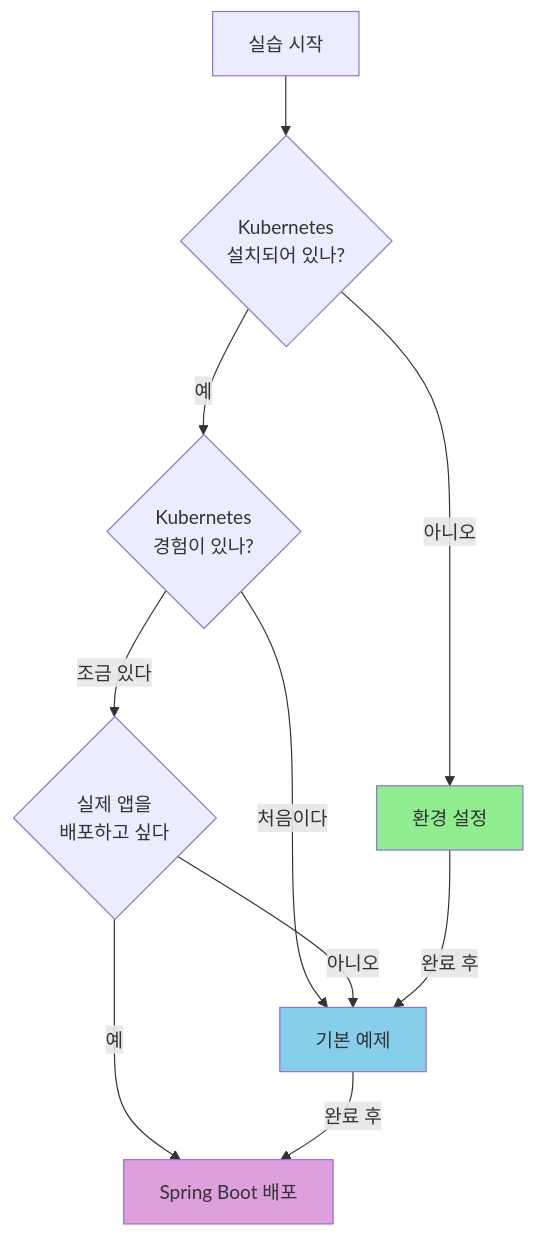
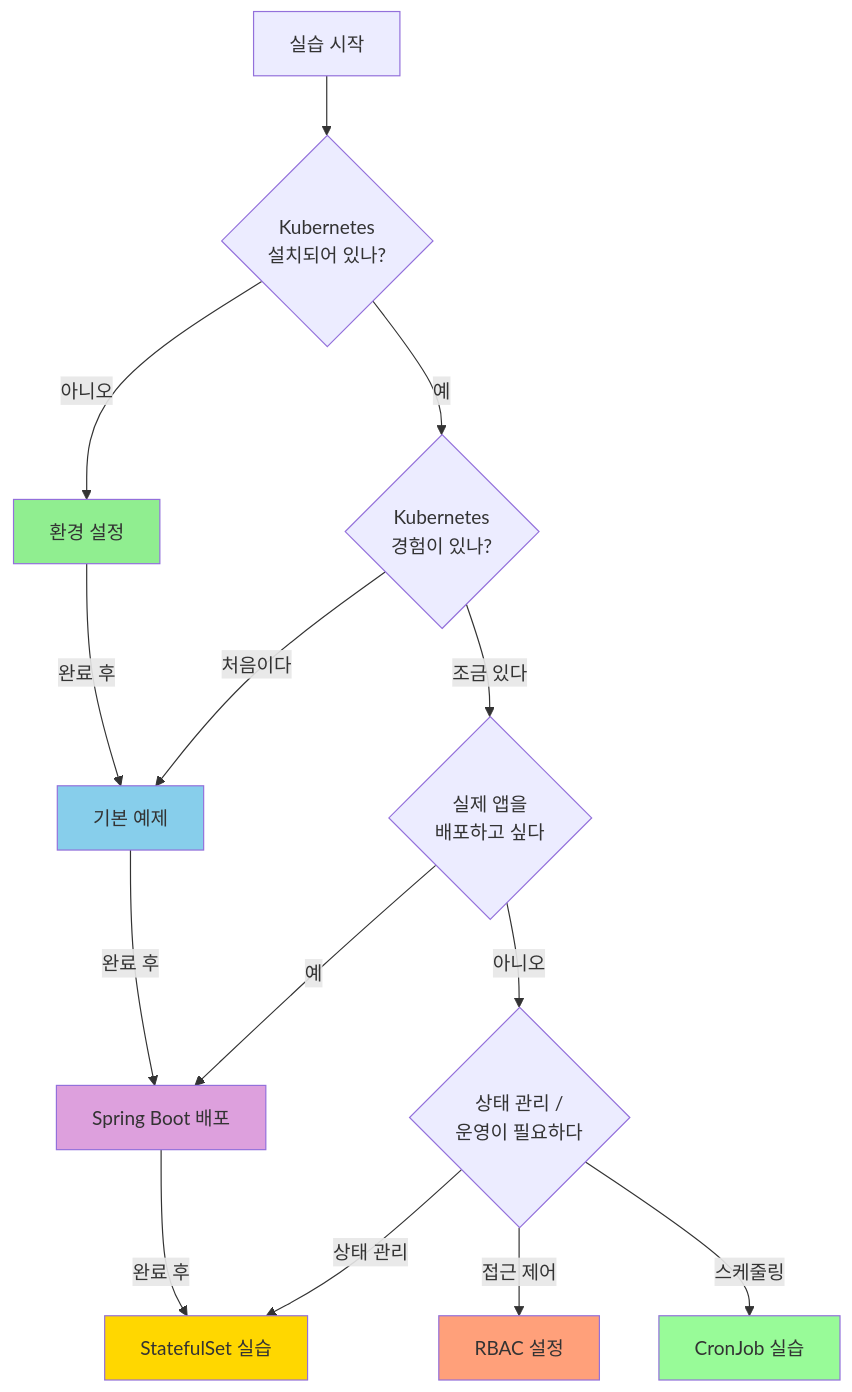
One commit to advanced-beginner/advanced-beginner.github.io changed the diagram in content/ko/docs/kubernetes/examples/_index.md. Above: the diagram before and after it, drawn with Mermaid. The commit also changed other lines of this file and 3 other files, not shown here.

````diff
--- a/content/ko/docs/kubernetes/examples/_index.md
+++ b/content/ko/docs/kubernetes/examples/_index.md
@@ -17,20 +17,28 @@
 ```mermaid
 flowchart TD
     START[실습 시작] --> Q1{Kubernetes<br>설치되어 있나?}
 
     Q1 -->|아니오| A[환경 설정]
     Q1 -->|예| Q2{Kubernetes<br>경험이 있나?}
 
     Q2 -->|처음이다| B[기본 예제]
     Q2 -->|조금 있다| Q3{실제 앱을<br>배포하고 싶다}
 
     Q3 -->|예| C[Spring Boot 배포]
-    Q3 -->|아니오| B
+    Q3 -->|아니오| Q4{상태 관리 /<br>운영이 필요하다}
+
+    Q4 -->|상태 관리| D[StatefulSet 실습]
+    Q4 -->|접근 제어| E[RBAC 설정]
+    Q4 -->|스케줄링| F[CronJob 실습]
 
     A -->|완료 후| B
     B -->|완료 후| C
+    C -->|완료 후| D
 
     style A fill:#90EE90
     style B fill:#87CEEB
     style C fill:#DDA0DD
+    style D fill:#FFD700
+    style E fill:#FFA07A
+    style F fill:#98FB98
 ```
````
